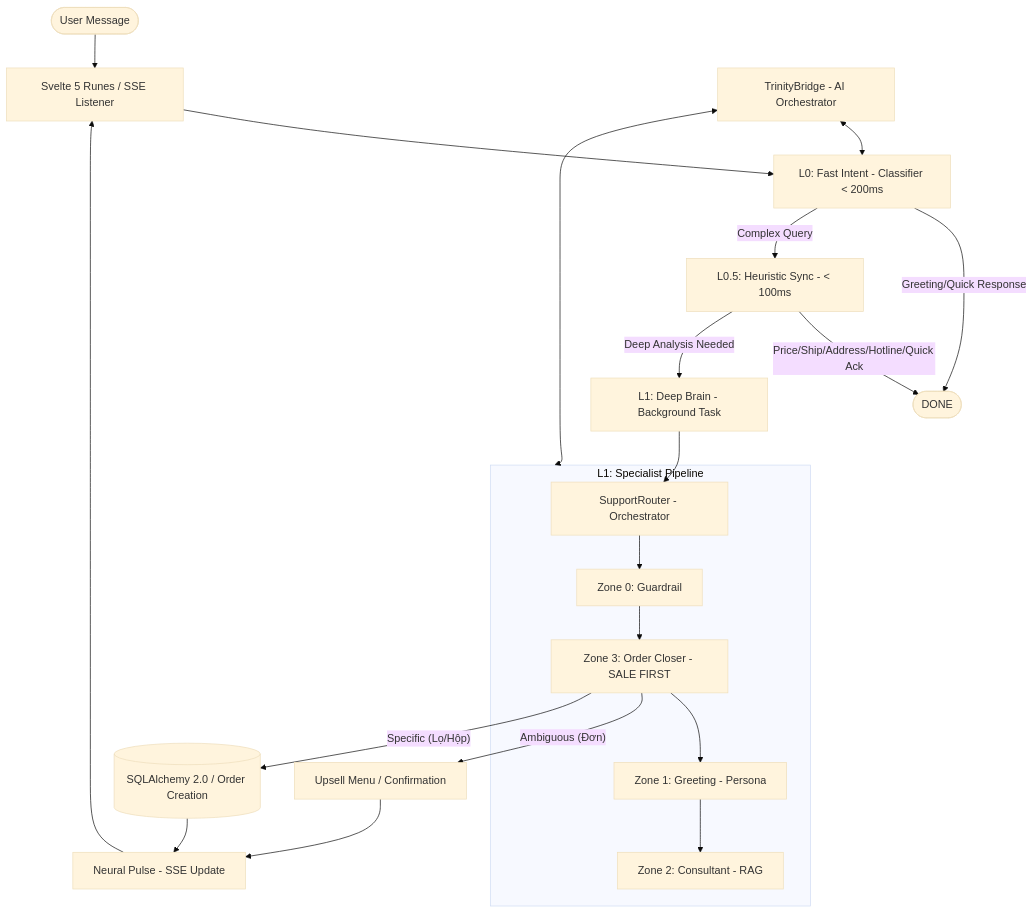
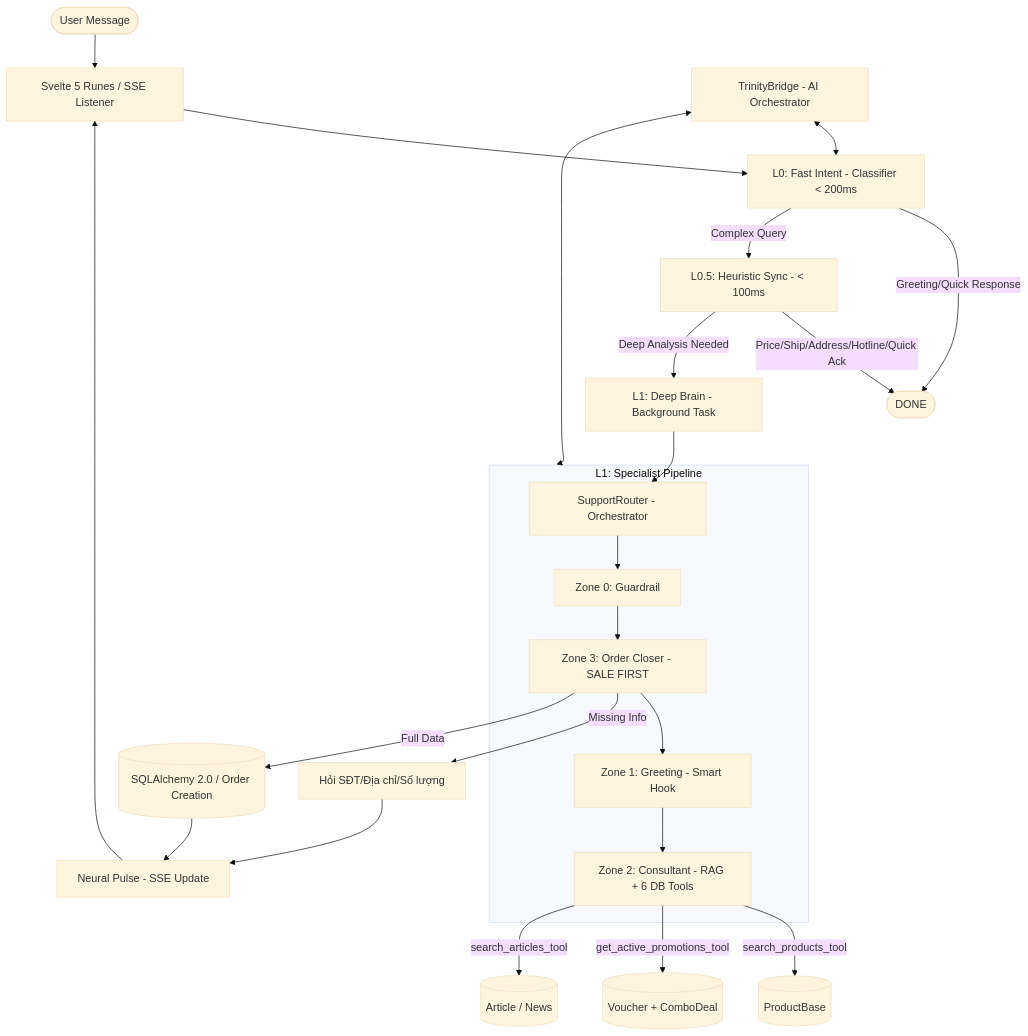
One commit to mlaplv/fast-platform-nhs changed the diagram in backend/services/commerce/operatives/handlers/ip.md. Above: the diagram before and after it, drawn with Mermaid (base theme). The commit also changed other lines of this file and 15 other files, not shown here.

````diff
--- a/backend/services/commerce/operatives/handlers/ip.md
+++ b/backend/services/commerce/operatives/handlers/ip.md
@@ -9,29 +9,33 @@
 ```mermaid
 graph TD
     User([User Message]) --> Frontend[Svelte 5 Runes / SSE Listener]
     Frontend --> L0_Fast[L0: Fast Intent - Classifier < 200ms]
     
     L0_Fast -- Greeting/Quick Response --> Done([DONE])
     L0_Fast -- Complex Query --> L05_Sync[L0.5: Heuristic Sync - < 100ms]
     
     L05_Sync -- Price/Ship/Address/Hotline/Quick Ack --> Done
     L05_Sync -- Deep Analysis Needed --> L1_Brain[L1: Deep Brain - Background Task]
     
     subgraph Specialist_Pipeline [L1: Specialist Pipeline]
         Router[SupportRouter - Orchestrator] --> Guard[Zone 0: Guardrail]
         Guard --> Order[Zone 3: Order Closer - SALE FIRST]
-        Order --> Greet[Zone 1: Greeting - Persona]
-        Greet --> Cons[Zone 2: Consultant - RAG]
+        Order --> Greet[Zone 1: Greeting - Smart Hook]
+        Greet --> Cons[Zone 2: Consultant - RAG + 6 DB Tools]
     end
     
     L1_Brain --> Router
-    Order -- "Ambiguous (Đơn)" --> Upsell[Upsell Menu / Confirmation]
-    Order -- "Specific (Lọ/Hộp)" --> DB[(SQLAlchemy 2.0 / Order Creation)]
+    Order -- "Missing Info" --> AskInfo[Hỏi SĐT/Địa chỉ/Số lượng]
+    Order -- "Full Data" --> DB[(SQLAlchemy 2.0 / Order Creation)]
+    
+    Cons -- "search_products_tool" --> ProductDB[(ProductBase)]
+    Cons -- "get_active_promotions_tool" --> VoucherDB[(Voucher + ComboDeal)]
+    Cons -- "search_articles_tool" --> ArticleDB[(Article / News)]
     
     Trinity[TrinityBridge - AI Orchestrator] <--> L0_Fast
     Trinity <--> Specialist_Pipeline
     
-    Upsell --> Pulse[Neural Pulse - SSE Update]
+    AskInfo --> Pulse[Neural Pulse - SSE Update]
     DB --> Pulse
     Pulse --> Frontend
 ```
````
